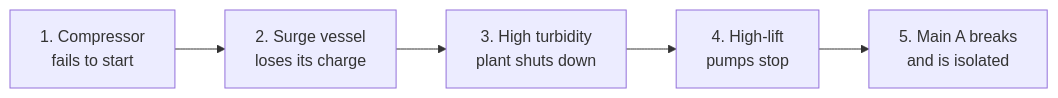
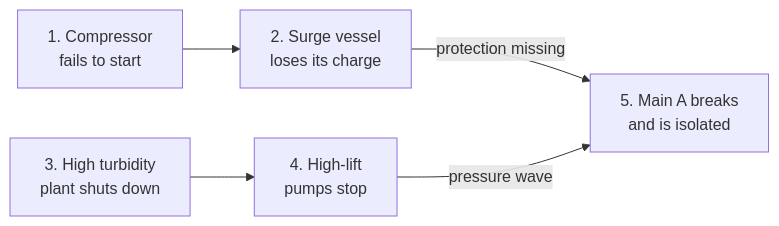
The first of 2 diagrams in docs/optional/an-incident-followed-through.md (cloudracer-ca/intelligent-water-modelling), drawn with Mermaid before and after one commit. The commit also changed other lines of this file and 14 other files, not shown here.

First line of the commit message:
Second review: template topics under Excel, clearer incident diagram, smaller fixes

````diff
--- a/docs/optional/an-incident-followed-through.md
+++ b/docs/optional/an-incident-followed-through.md
@@ -21,7 +21,7 @@
 ```mermaid
 flowchart LR
   A["1. Compressor<br/>fails to start"] --> B["2. Surge vessel<br/>loses its charge"]
-  B --> C["3. High turbidity<br/>plant shuts down"]
-  C --> D["4. High-lift<br/>pumps stop"]
-  D --> E["5. Main A breaks<br/>and is isolated"]
+  C["3. High turbidity<br/>plant shuts down"] --> D["4. High-lift<br/>pumps stop"]
+  B -->|"protection missing"| E["5. Main A breaks<br/>and is isolated"]
+  D -->|"pressure wave"| E
 ```
````
